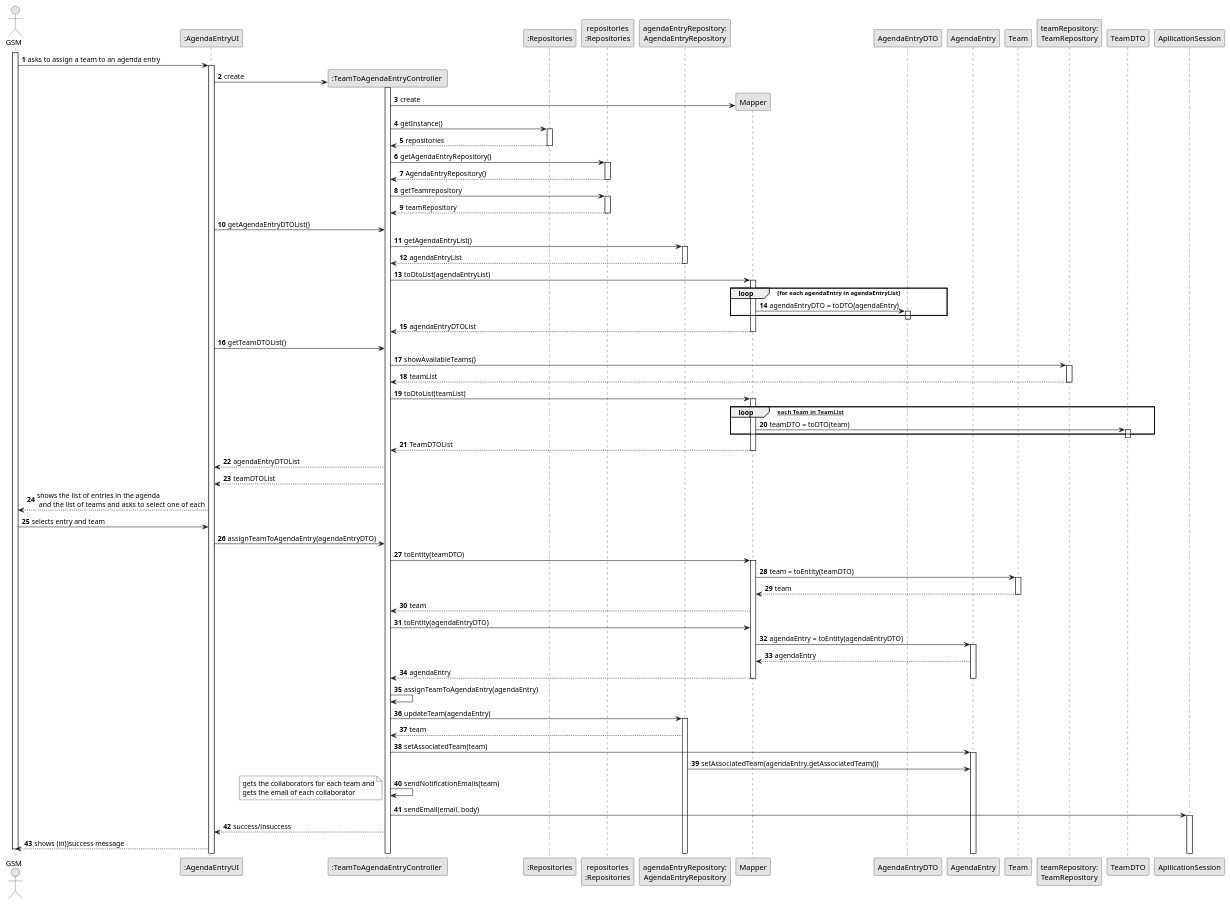
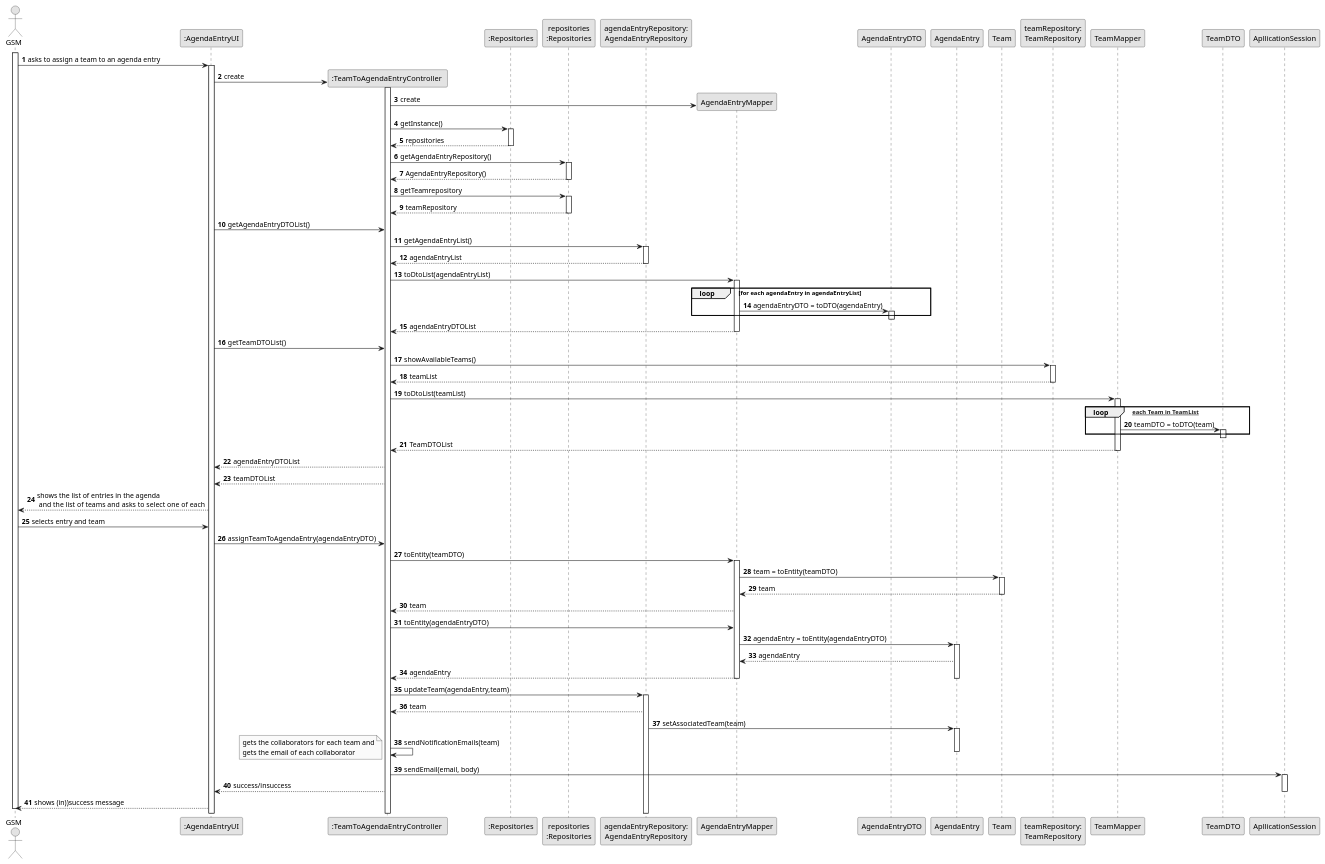
Before and after one commit to Departamento-de-Engenharia-Informatica/lei-24-s2-1do-g164: the diagram in docs/sprintC/us023/03.design/puml/us023-sequence-diagram-full.puml, drawn with PlantUML. The commit also changed 8 other files, not shown here.

```diff
--- a/docs/sprintC/us023/03.design/puml/us023-sequence-diagram-full.puml
+++ b/docs/sprintC/us023/03.design/puml/us023-sequence-diagram-full.puml
@@ -1,161 +1,159 @@
 @startuml
 skinparam monochrome true
 skinparam packageStyle rectangle
 skinparam shadowing false
 
 autonumber
 
 'hide footbox
 actor "GSM" as GSM
 participant ":AgendaEntryUI" as ui
 participant ":TeamToAgendaEntryController " as ctrl
 participant ":Repositories" as RepositorySingleton
 participant "repositories\n:Repositories" as plat
 participant "agendaEntryRepository:\nAgendaEntryRepository" as agendaRepo
-participant Mapper as mapper
+participant "AgendaEntryMapper" as agendaMapper
 participant AgendaEntryDTO as AgendaEntryDTO
 participant "AgendaEntry" as agendaEntry
 participant "Team" as team
 participant "teamRepository:\nTeamRepository" as teamRepo
+participant "TeamMapper"
 participant "TeamDTO" as TeamDTO
 participant "ApllicationSession" as app
 
 
 activate GSM
 
                 GSM -> ui : asks to assign a team to an agenda entry
 
                 activate ui
 
                 ui -> ctrl** : create
 
                 activate ctrl
 
-                ctrl-> mapper** : create
+                ctrl-> agendaMapper** : create
 
                 ctrl -> RepositorySingleton : getInstance()
                 activate RepositorySingleton
 
                     RepositorySingleton --> ctrl: repositories
                 deactivate RepositorySingleton
 
                 ctrl -> plat : getAgendaEntryRepository()
                 activate plat
 
                     plat --> ctrl: AgendaEntryRepository()
                 deactivate plat
 
                 ctrl-> plat: getTeamrepository
                 activate plat
 
                 plat--> ctrl: teamRepository
 
                 deactivate plat
 
                 ui-> ctrl: getAgendaEntryDTOList()
 
 
                 ctrl -> agendaRepo : getAgendaEntryList()
                 activate agendaRepo
 
                 agendaRepo --> ctrl: agendaEntryList
                 deactivate agendaRepo
 
-                ctrl -> mapper : toDtoList(agendaEntryList)
-                activate mapper
+                ctrl -> agendaMapper : toDtoList(agendaEntryList)
+                activate agendaMapper
 
 
                  loop for each agendaEntry in agendaEntryList
 
-                 mapper -> AgendaEntryDTO : agendaEntryDTO = toDTO(agendaEntry)
+                 agendaMapper -> AgendaEntryDTO : agendaEntryDTO = toDTO(agendaEntry)
 
                   activate AgendaEntryDTO
                   end
                 deactivate AgendaEntryDTO
 
-                mapper --> ctrl : agendaEntryDTOList
-                deactivate mapper
+                agendaMapper --> ctrl : agendaEntryDTOList
+                deactivate agendaMapper
 
                 ui -> ctrl :  getTeamDTOList()
 
                 ctrl -> teamRepo : showAvailableTeams()
                 activate teamRepo
 
                 teamRepo --> ctrl: teamList
                 deactivate teamRepo
 
-                ctrl -> mapper:  toDtoList(teamList)
-                activate mapper
-                loop [for each Team in TeamList]
+                ctrl -> "TeamMapper":  toDtoList(teamList)
+                activate "TeamMapper"
 
-                mapper -> TeamDTO: teamDTO = toDTO(team)
+                loop  [for each Team in TeamList]
+
+                "TeamMapper" -> TeamDTO: teamDTO = toDTO(team)
                 activate TeamDTO
 
                 end
                 deactivate TeamDTO
-                mapper --> ctrl: TeamDTOList
+                "TeamMapper" --> ctrl: TeamDTOList
 
-                 deactivate mapper
+                 deactivate "TeamMapper"
                  ctrl --> ui : agendaEntryDTOList
                  ctrl --> ui: teamDTOList
 
                  ui --> GSM: shows the list of entries in the agenda\n and the list of  teams and asks to select one of each
 
                  GSM -> ui: selects entry and team
 
                  ui->ctrl: assignTeamToAgendaEntry(agendaEntryDTO)
 
-                 ctrl -> mapper : toEntity(teamDTO)
-                 activate mapper
+                 ctrl -> agendaMapper : toEntity(teamDTO)
+                 activate agendaMapper
 
-                 mapper-> team: team = toEntity(teamDTO)
+                 agendaMapper-> team: team = toEntity(teamDTO)
                  activate team
-                 team--> mapper: team
+                 team--> agendaMapper: team
                  deactivate team
 
-                 mapper --> ctrl: team
+                 agendaMapper --> ctrl: team
 
 
-                 ctrl -> mapper : toEntity(agendaEntryDTO)
+                 ctrl -> agendaMapper : toEntity(agendaEntryDTO)
 
 
-                 mapper-> agendaEntry: agendaEntry = toEntity(agendaEntryDTO)
+                 agendaMapper-> agendaEntry: agendaEntry = toEntity(agendaEntryDTO)
                  activate agendaEntry
-                 agendaEntry--> mapper: agendaEntry
-                  mapper --> ctrl: agendaEntry
+                 agendaEntry--> agendaMapper: agendaEntry
+                  agendaMapper --> ctrl: agendaEntry
 
-                 deactivate mapper
+                 deactivate agendaMapper
 
 
                  deactivate agendaEntry
 
-                ctrl->ctrl: assignTeamToAgendaEntry(agendaEntry)
-
-
-
-                 ctrl -> agendaRepo: updateTeam(agendaEntry)
+                 ctrl -> agendaRepo: updateTeam(agendaEntry,team)
                  activate agendaRepo
 
                  agendaRepo--> ctrl: team
 
 
-                 ctrl-> agendaEntry: setAssociatedTeam(team)
-                 activate agendaEntry
-                agendaRepo -> agendaEntry: setAssociatedTeam(agendaEntry.getAssociatedTeam())
-
+                agendaRepo -> agendaEntry: setAssociatedTeam(team)
+                activate agendaEntry
 
                 ctrl->ctrl: sendNotificationEmails(team)
+                deactivate agendaEntry
                     note left: gets the collaborators for each team and\ngets the email of each collaborator
                 ctrl-> app :  sendEmail(email, body)
 
                 activate app
 
                 ctrl --> ui: success/insuccess
+                deactivate app
                 ui--> GSM: shows (in))success message
 
 
 
 
 deactivate GSM
 
 @enduml
```
